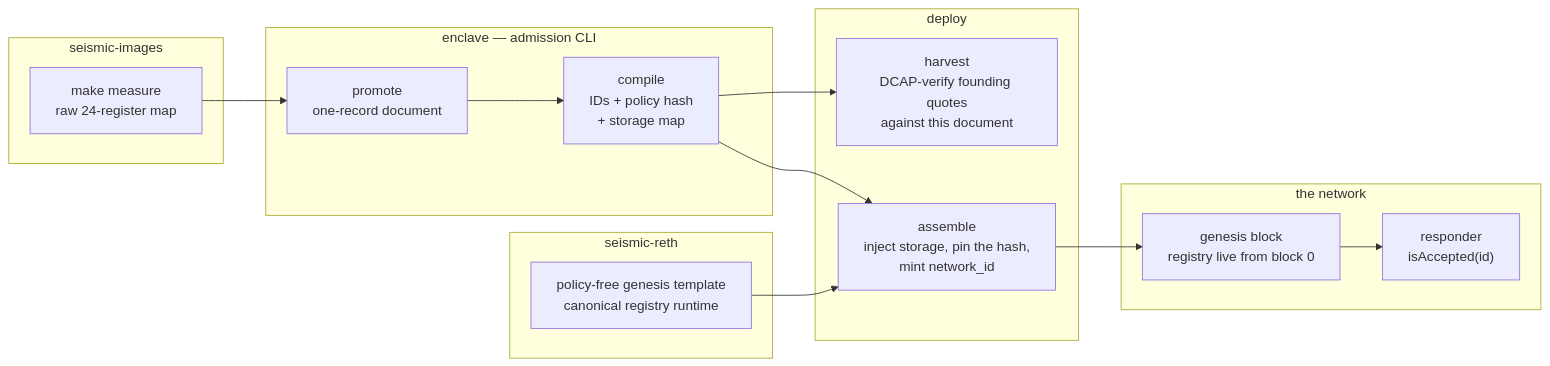
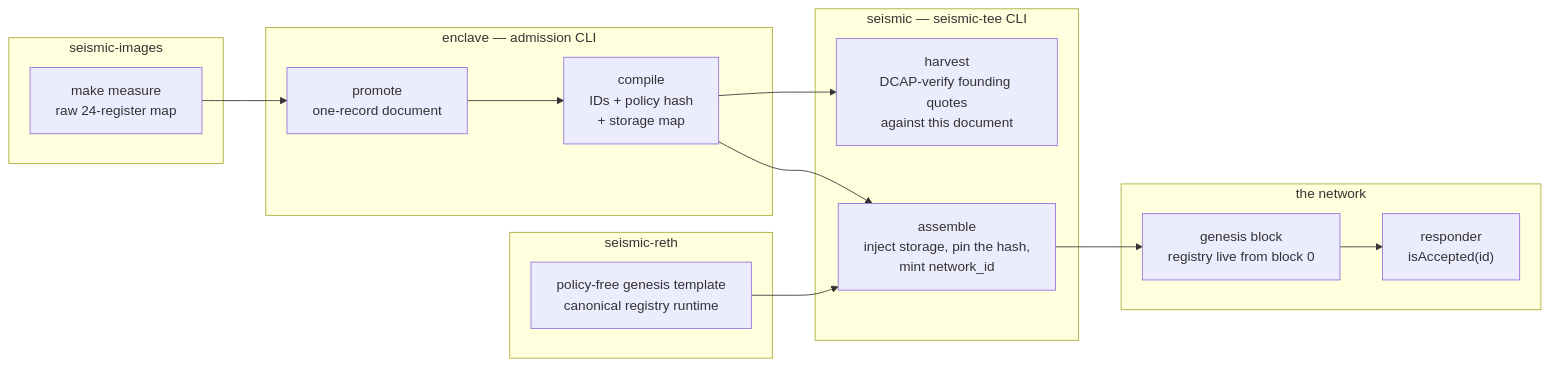
One commit to SeismicSystems/seismic changed the third of 3 diagrams in docs/tee/chain-backed-admission.md. Above: the diagram before and after it, drawn with Mermaid. The commit also changed other lines of this file and 15 other files, not shown here.

First line of the commit message:
chore(tee): rewire the moved seismic-tee CLI to this repo

````diff
--- a/docs/tee/chain-backed-admission.md
+++ b/docs/tee/chain-backed-admission.md
@@ -258,26 +258,26 @@
 ```mermaid
 flowchart LR
     subgraph images [seismic-images]
         M["make measure<br/>raw 24-register map"]
     end
     subgraph enclavecli ["enclave — admission CLI"]
         P["promote<br/>one-record document"]
         CO["compile<br/>IDs + policy hash<br/>+ storage map"]
     end
-    subgraph deployrepo [deploy]
+    subgraph teecli ["seismic — seismic-tee CLI"]
         H["harvest<br/>DCAP-verify founding quotes<br/>against this document"]
         AS["assemble<br/>inject storage, pin the hash,<br/>mint network_id"]
     end
     subgraph rethrepo [seismic-reth]
         T["policy-free genesis template<br/>canonical registry runtime"]
     end
     subgraph chain [the network]
         G["genesis block<br/>registry live from block 0"]
         RS["responder<br/>isAccepted(id)"]
     end
     M --> P --> CO
     CO --> H
     CO --> AS
     T --> AS
     AS --> G --> RS
 ```
````
